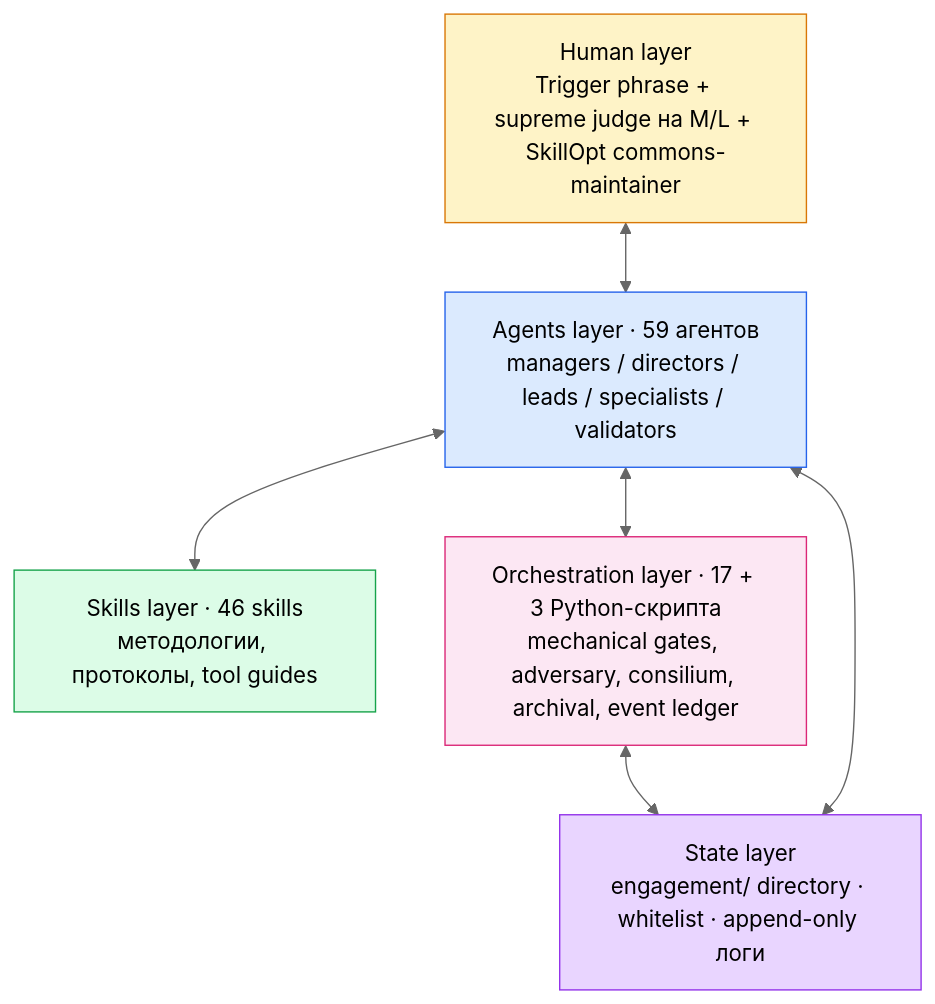
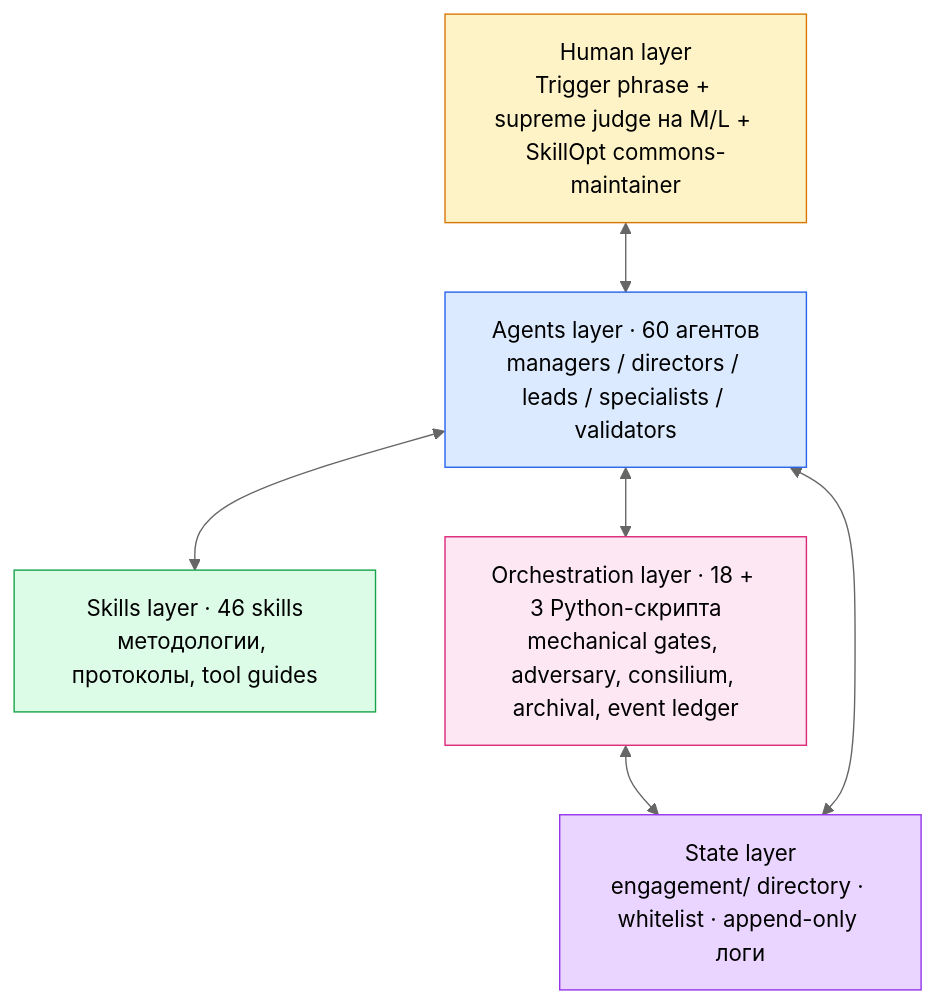
One commit to AgentShekel/agentic-workflow changed the first of 2 diagrams in README.ru.md. Above: the diagram before and after it, drawn with Mermaid (neutral theme). The commit also changed other lines of this file and 18 other files, not shown here.

````diff
--- a/README.ru.md
+++ b/README.ru.md
@@ -27,26 +27,26 @@
 ```mermaid
 flowchart TB
     H["Human layer<br/>Trigger phrase + supreme judge на M/L + SkillOpt commons-maintainer"]
-    A["Agents layer · 59 агентов<br/>managers / directors / leads / specialists / validators"]
+    A["Agents layer · 60 агентов<br/>managers / directors / leads / specialists / validators"]
     S["Skills layer · 46 skills<br/>методологии, протоколы, tool guides"]
-    O["Orchestration layer · 17 + 3 Python-скрипта<br/>mechanical gates, adversary, consilium, archival, event ledger"]
+    O["Orchestration layer · 18 + 3 Python-скрипта<br/>mechanical gates, adversary, consilium, archival, event ledger"]
     St["State layer<br/>engagement/ directory · whitelist · append-only логи"]
 
     H <--> A
     A <--> S
     A <--> O
     O <--> St
     A <--> St
 
     classDef human fill:#fef3c7,stroke:#d97706,color:#000
     classDef agents fill:#dbeafe,stroke:#2563eb,color:#000
     classDef skills fill:#dcfce7,stroke:#16a34a,color:#000
     classDef orch fill:#fce7f3,stroke:#db2777,color:#000
     classDef state fill:#e9d5ff,stroke:#9333ea,color:#000
 
     class H human
     class A agents
     class S skills
     class O orch
     class St state
 ```
````
